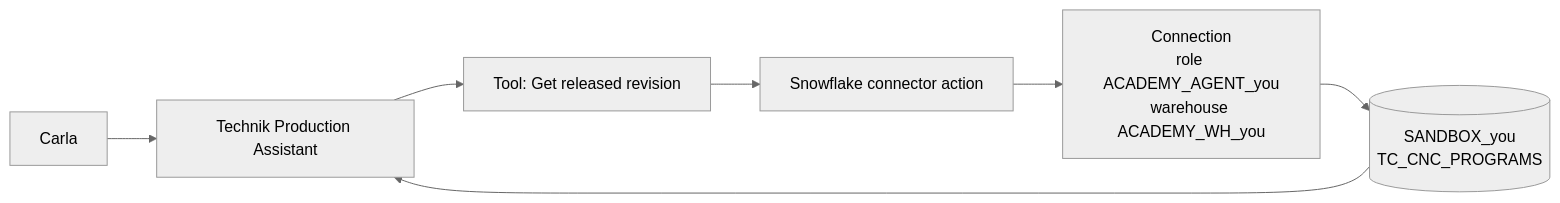
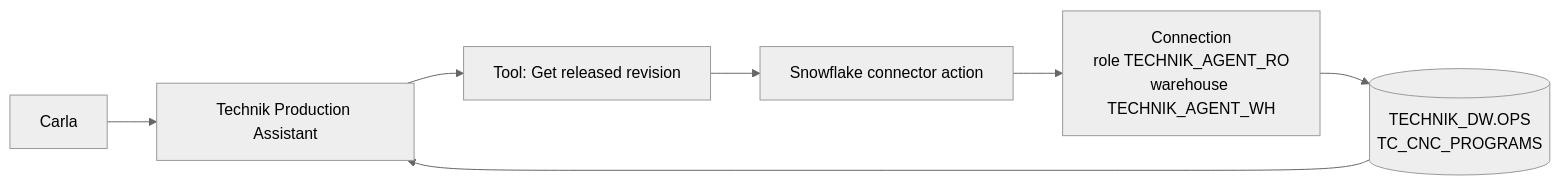
The diagram in _source/course/B7/connectors.md (matheus-sancha/AI-Academy), drawn with Mermaid (neutral theme) before and after one commit. The commit also changed other lines of this file and 30 other files, not shown here.

````diff
--- a/_source/course/B7/connectors.md
+++ b/_source/course/B7/connectors.md
@@ -81,9 +81,9 @@
 ```mermaid
 flowchart LR
   A[Carla] --> B[Technik Production Assistant]
   B --> C["Tool: Get released revision"]
   C --> D[Snowflake connector action]
-  D --> E["Connection<br/>role ACADEMY_AGENT_you<br/>warehouse ACADEMY_WH_you"]
-  E --> F[("SANDBOX_you<br/>TC_CNC_PROGRAMS")]
+  D --> E["Connection<br/>role TECHNIK_AGENT_RO<br/>warehouse TECHNIK_AGENT_WH"]
+  E --> F[("TECHNIK_DW.OPS<br/>TC_CNC_PROGRAMS")]
   F --> B
 ```
````
